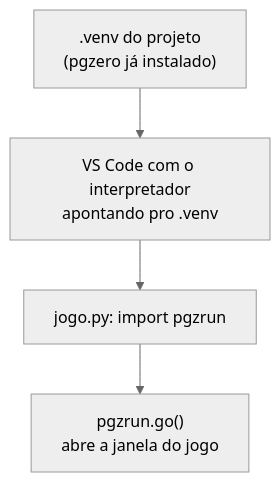
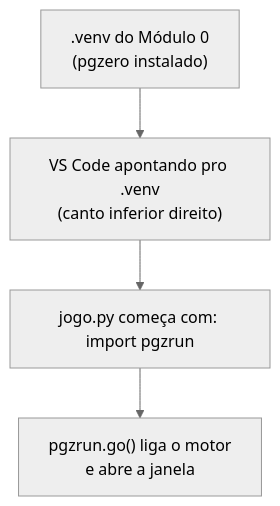
One commit to frzanini/cursopythonkids changed the second of 2 diagrams in docs/modulo-01-conhecendo-a-programacao/material-professor.md. Above: the diagram before and after it, drawn with Mermaid (neutral theme). The commit also changed other lines of this file and 2 other files, not shown here.

````diff
--- a/docs/modulo-01-conhecendo-a-programacao/material-professor.md
+++ b/docs/modulo-01-conhecendo-a-programacao/material-professor.md
@@ -226,6 +236,6 @@
 ```mermaid
 flowchart TB
-    A[".venv do projeto<br/>(pgzero já instalado)"] --> B["VS Code com o interpretador<br/>apontando pro .venv"]
-    B --> C["jogo.py: import pgzrun"]
-    C --> D["pgzrun.go()<br/>abre a janela do jogo"]
+    A[".venv do Módulo 0<br/>(pgzero instalado)"] --> B["VS Code apontando pro .venv<br/>(canto inferior direito)"]
+    B --> C["jogo.py começa com: import pgzrun"]
+    C --> D["pgzrun.go() liga o motor<br/>e abre a janela"]
 ```
````
